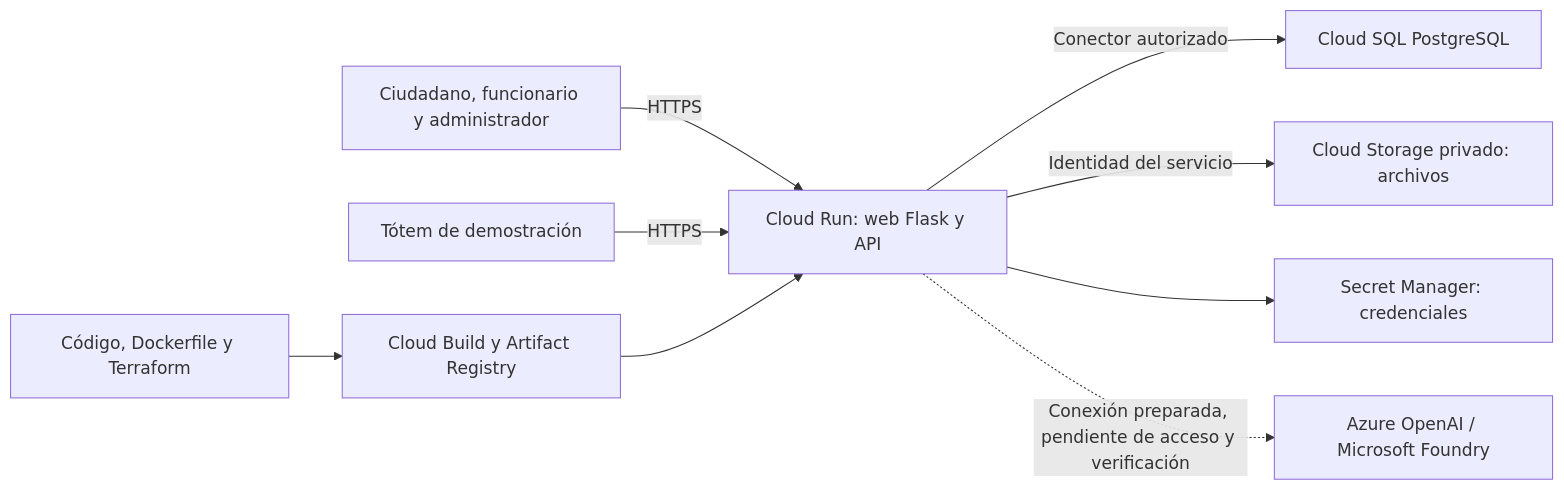
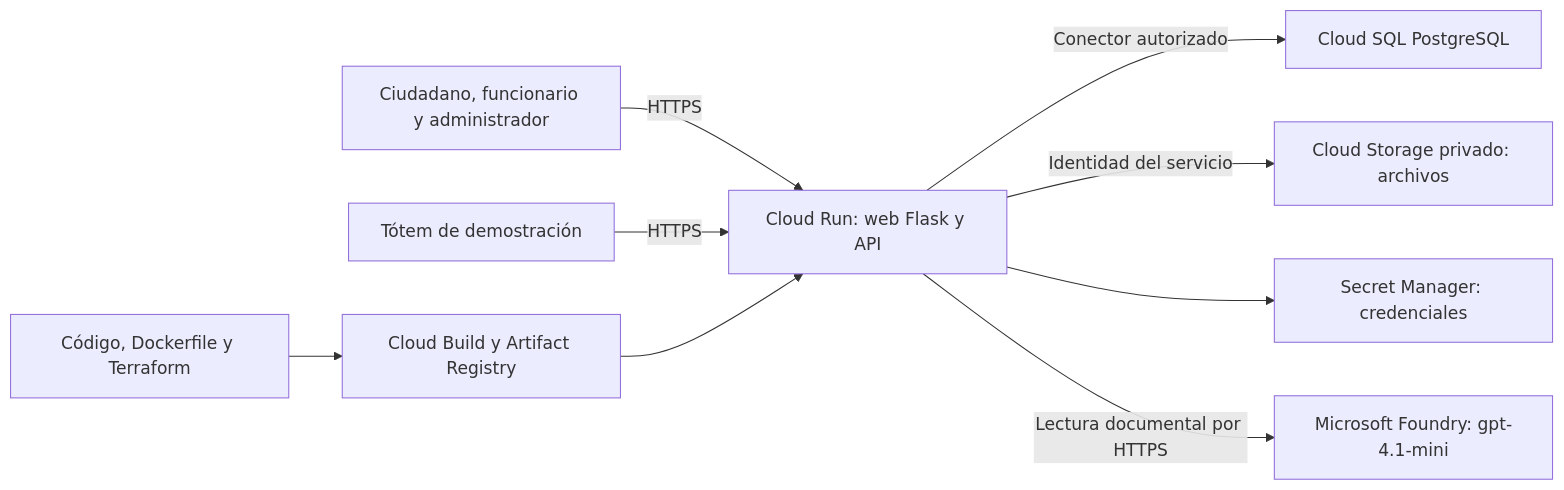
The diagram in docs/arquitectura-poc.md (paolosarri88/pdi-migraciones-lab3), drawn with Mermaid before and after one commit. The commit also changed other lines of this file and 14 other files, not shown here.

````diff
--- a/docs/arquitectura-poc.md
+++ b/docs/arquitectura-poc.md
@@ -3,11 +3,11 @@
 ```mermaid
 flowchart LR
     P[Ciudadano, funcionario y administrador] -->|HTTPS| R[Cloud Run: web Flask y API]
     T[Tótem de demostración] -->|HTTPS| R
     R -->|Conector autorizado| Q[Cloud SQL PostgreSQL]
     R -->|Identidad del servicio| D[Cloud Storage privado: archivos]
     R --> S[Secret Manager: credenciales]
     C[Código, Dockerfile y Terraform] --> B[Cloud Build y Artifact Registry]
     B --> R
-    R -. Conexión preparada, pendiente de acceso y verificación .-> A[Azure OpenAI / Microsoft Foundry]
+    R -->|Lectura documental por HTTPS| A[Microsoft Foundry: gpt-4.1-mini]
 ```
````
